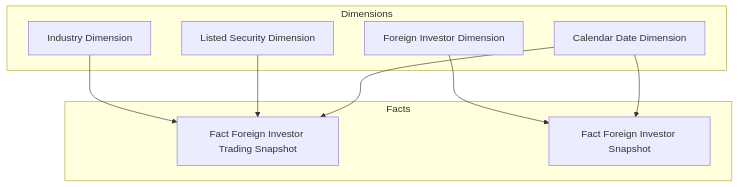
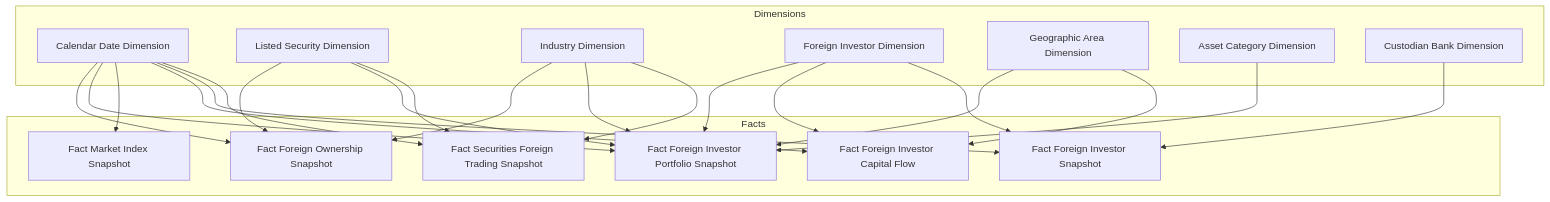
One commit to linhlvit/ubck_atomic_design changed diagram 20 of 20 in Gold/hld/GOLD_NDTNN_HLD.md. Above: the diagram before and after it, drawn with Mermaid. The commit also changed other lines of this file and 1 other file, not shown here.

````diff
--- a/Gold/hld/GOLD_NDTNN_HLD.md
+++ b/Gold/hld/GOLD_NDTNN_HLD.md
@@ -206,20 +652,46 @@
 ```mermaid
 graph TB
     subgraph Dimensions
         DIM_DATE[Calendar Date Dimension]
         DIM_SECURITY[Listed Security Dimension]
         DIM_INDUSTRY[Industry Dimension]
         DIM_INVESTOR[Foreign Investor Dimension]
+        DIM_COUNTRY[Geographic Area Dimension]
+        DIM_ASSET[Asset Category Dimension]
+        DIM_CUSTODIAN[Custodian Bank Dimension]
     end
 
     subgraph Facts
-        F_TRADING[Fact Foreign Investor Trading Snapshot]
+        F_TRADING[Fact Securities Foreign Trading Snapshot]
         F_INVESTOR[Fact Foreign Investor Snapshot]
+        F_CAPITAL[Fact Foreign Investor Capital Flow]
+        F_INDEX[Fact Market Index Snapshot]
+        F_PORTFOLIO[Fact Foreign Investor Portfolio Snapshot]
+        F_OWNERSHIP[Fact Foreign Ownership Snapshot]
     end
 
     DIM_DATE --> F_TRADING
     DIM_SECURITY --> F_TRADING
     DIM_INDUSTRY --> F_TRADING
+
     DIM_DATE --> F_INVESTOR
     DIM_INVESTOR --> F_INVESTOR
+    DIM_CUSTODIAN --> F_INVESTOR
+
+    DIM_DATE --> F_CAPITAL
+    DIM_INVESTOR --> F_CAPITAL
+    DIM_COUNTRY --> F_CAPITAL
+
+    DIM_DATE --> F_INDEX
+
+    DIM_DATE --> F_PORTFOLIO
+    DIM_INVESTOR --> F_PORTFOLIO
+    DIM_COUNTRY --> F_PORTFOLIO
+    DIM_ASSET --> F_PORTFOLIO
+    DIM_INDUSTRY --> F_PORTFOLIO
+    DIM_SECURITY --> F_PORTFOLIO
+
+    DIM_DATE --> F_OWNERSHIP
+    DIM_SECURITY --> F_OWNERSHIP
+    DIM_INDUSTRY --> F_OWNERSHIP
 ```
````
